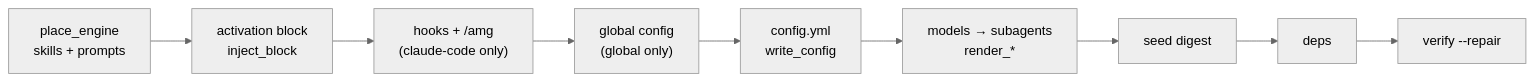
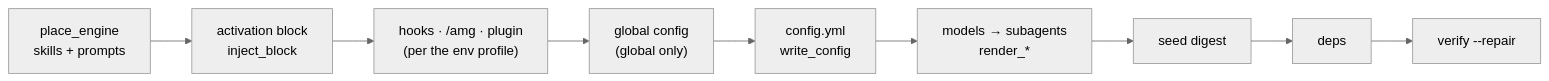
The second of 2 diagrams in docs/en/architecture/12-install.md (Kvazar123/llm-amg), drawn with Mermaid (neutral theme) before and after one commit. The commit also changed other lines of this file and 11 other files, not shown here.

First line of the commit message:
docs(install): five-env surfaces refreshed — Codex trust flow, OpenCode plugin and incremental dump, env command files; OpenCode caveat softened (stage 23, tasks 24/25)

````diff
--- a/docs/en/architecture/12-install.md
+++ b/docs/en/architecture/12-install.md
@@ -47,9 +51,9 @@
 ```mermaid
 flowchart LR
     PE["place_engine<br/>skills + prompts"] --> BL["activation block<br/>inject_block"]
-    BL --> HC["hooks + /amg<br/>(claude-code only)"]
+    BL --> HC["hooks · /amg · plugin<br/>(per the env profile)"]
     HC --> GC["global config<br/>(global only)"]
     GC --> CF["config.yml<br/>write_config"]
     CF --> MD["models → subagents<br/>render_*"]
     MD --> DG["seed digest"] --> DE["deps"] --> VF["verify --repair"]
 ```
````
